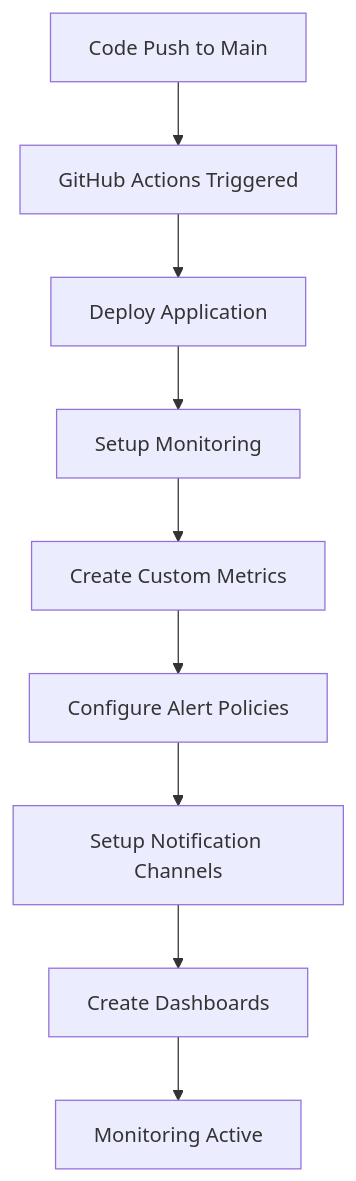
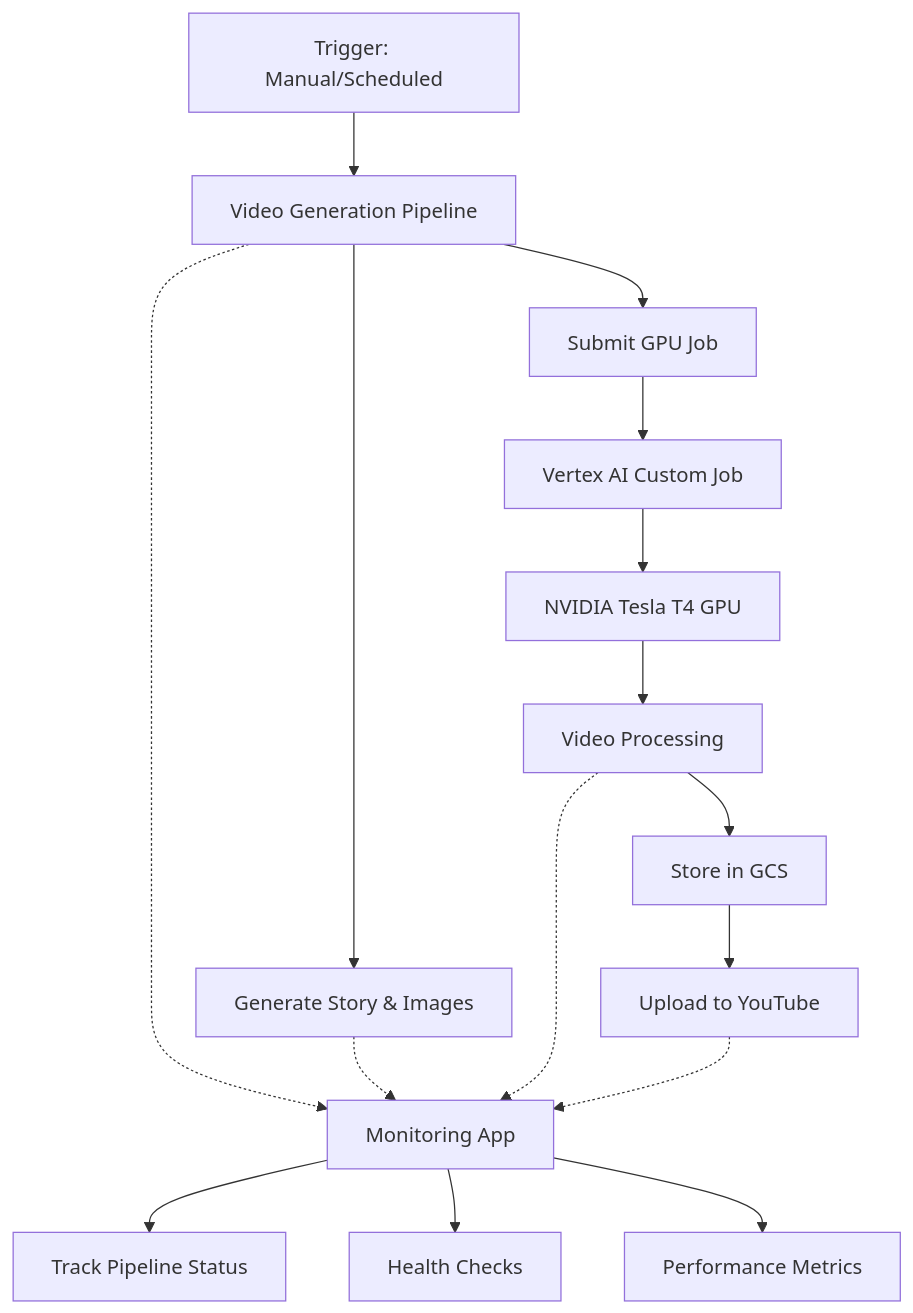
Before and after one commit to rezearcher/AutoVideo.v1: the diagram in README.md, drawn with Mermaid. The commit also changed other lines of this file and 15 other files, not shown here.

Commit message:
Integrate Vertex AI GPU processing with automated deployment

````diff
--- a/README.md
+++ b/README.md
@@ -633,11 +46,20 @@
 ```mermaid
 graph TD
-    A[Code Push to Main] --> B[GitHub Actions Triggered]
-    B --> C[Deploy Application]
-    C --> D[Setup Monitoring]
-    D --> E[Create Custom Metrics]
-    E --> F[Configure Alert Policies]
-    F --> G[Setup Notification Channels]
-    G --> H[Create Dashboards]
-    H --> I[Monitoring Active]
+    A[Trigger: Manual/Scheduled] --> B[Video Generation Pipeline]
+    B --> C[Generate Story & Images]
+    B --> D[Submit GPU Job]
+    D --> E[Vertex AI Custom Job]
+    E --> F[NVIDIA Tesla T4 GPU]
+    F --> G[Video Processing]
+    G --> H[Store in GCS]
+    H --> I[Upload to YouTube]
+    
+    J[Monitoring App] --> K[Track Pipeline Status]
+    J --> L[Health Checks]
+    J --> M[Performance Metrics]
+    
+    B -.-> J
+    C -.-> J
+    G -.-> J
+    I -.-> J
 ```
````
